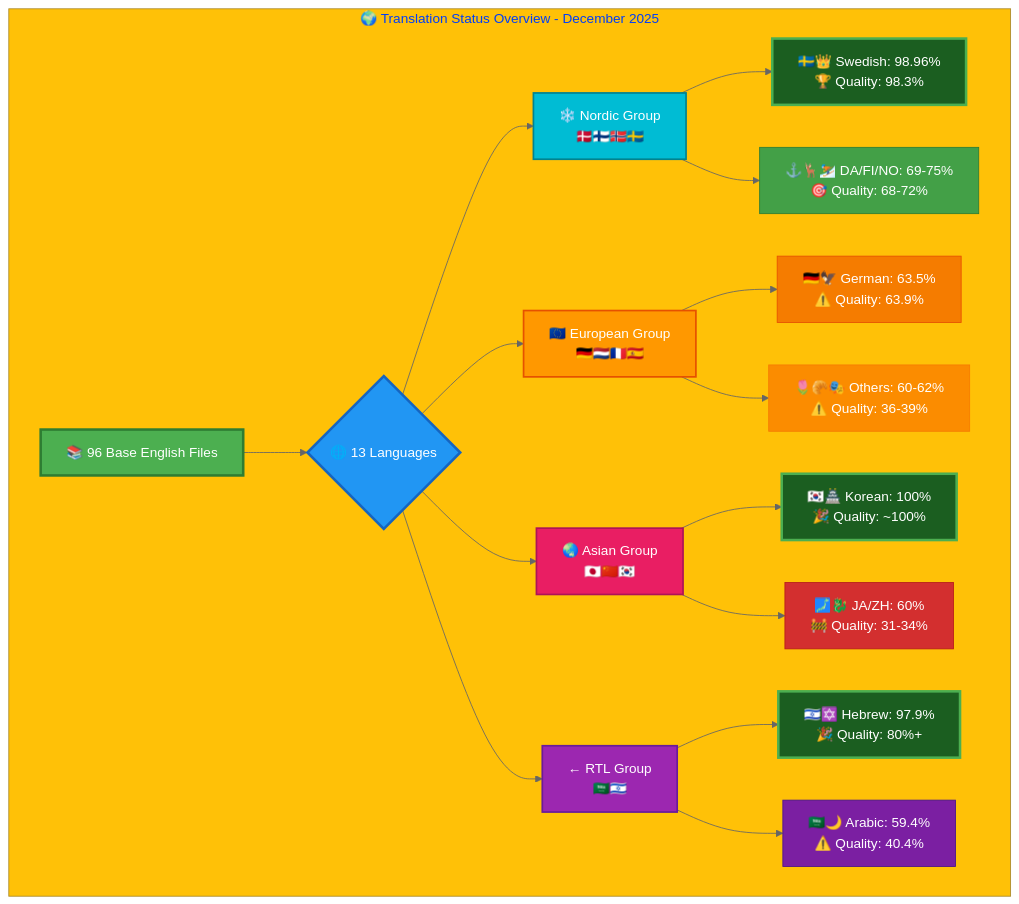
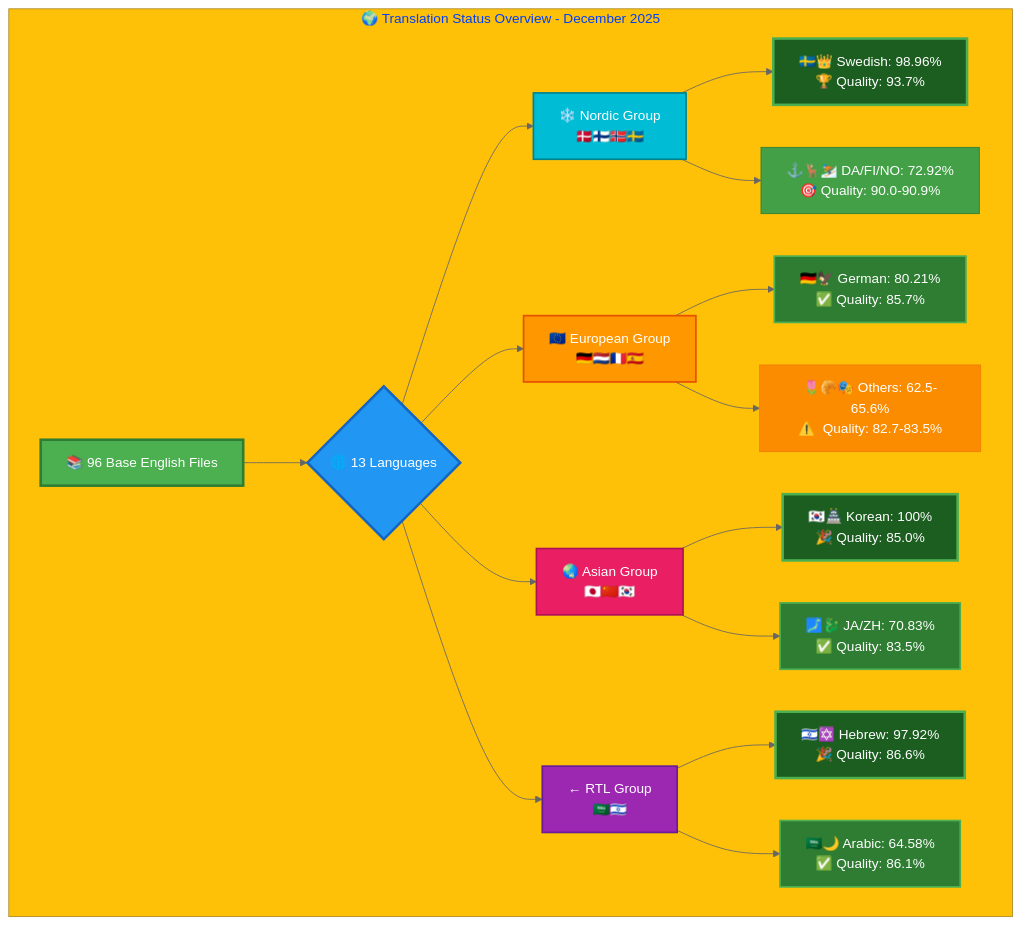
Before and after one commit to Hack23/homepage: the first of 2 diagrams in TRANSLATION_DOCUMENTATION_README.md, drawn with Mermaid. The commit also changed other lines of this file, not shown here.

````diff
--- a/TRANSLATION_DOCUMENTATION_README.md
+++ b/TRANSLATION_DOCUMENTATION_README.md
@@ -189,38 +189,38 @@
 ```mermaid
 %%{init: {'theme':'base', 'themeVariables': { 'primaryColor':'#4CAF50','primaryTextColor':'#fff','primaryBorderColor':'#2E7D32','lineColor':'#666','secondaryColor':'#2196F3','tertiaryColor':'#FFC107','fontSize':'16px'}}}%%
 graph TB
     subgraph "🌍 Translation Status Overview - December 2025"
         A["📚 96 Base English Files"] --> B{"🌐 13 Languages"}
         B --> C["❄️ Nordic Group<br/>🇩🇰🇫🇮🇳🇴🇸🇪"]
         B --> D["🇪🇺 European Group<br/>🇩🇪🇳🇱🇫🇷🇪🇸"]
         B --> E["🌏 Asian Group<br/>🇯🇵🇨🇳🇰🇷"]
         B --> F["← RTL Group<br/>🇸🇦🇮🇱"]
         
-        C --> C1["🇸🇪👑 Swedish: 98.96%<br/>🏆 Quality: 98.3%"]
-        C --> C2["⚓🦌⛷️ DA/FI/NO: 69-75%<br/>🎯 Quality: 68-72%"]
+        C --> C1["🇸🇪👑 Swedish: 98.96%<br/>🏆 Quality: 93.7%"]
+        C --> C2["⚓🦌⛷️ DA/FI/NO: 72.92%<br/>🎯 Quality: 90.0-90.9%"]
         
-        D --> D1["🇩🇪🦅 German: 63.5%<br/>⚠️  Quality: 63.9%"]
-        D --> D2["🌷🥐🎭 Others: 60-62%<br/>⚠️  Quality: 36-39%"]
+        D --> D1["🇩🇪🦅 German: 80.21%<br/>✅ Quality: 85.7%"]
+        D --> D2["🌷🥐🎭 Others: 62.5-65.6%<br/>⚠️  Quality: 82.7-83.5%"]
         
-        E --> E1["🇰🇷🏯 Korean: 100%<br/>🎉 Quality: ~100%"]
-        E --> E2["🗾🐉 JA/ZH: 60%<br/>🚧 Quality: 31-34%"]
+        E --> E1["🇰🇷🏯 Korean: 100%<br/>🎉 Quality: 85.0%"]
+        E --> E2["🗾🐉 JA/ZH: 70.83%<br/>✅ Quality: 83.5%"]
         
-        F --> F1["🇮🇱✡️ Hebrew: 97.9%<br/>🎉 Quality: 80%+"]
-        F --> F2["🇸🇦🌙 Arabic: 59.4%<br/>⚠️  Quality: 40.4%"]
+        F --> F1["🇮🇱✡️ Hebrew: 97.92%<br/>🎉 Quality: 86.6%"]
+        F --> F2["🇸🇦🌙 Arabic: 64.58%<br/>✅ Quality: 86.1%"]
         
         style A fill:#4CAF50,stroke:#2E7D32,color:#fff,stroke-width:3px
         style B fill:#2196F3,stroke:#1565C0,color:#fff,stroke-width:3px
         style C fill:#00BCD4,stroke:#00838F,color:#fff,stroke-width:2px
         style D fill:#FF9800,stroke:#E65100,color:#fff,stroke-width:2px
         style E fill:#E91E63,stroke:#AD1457,color:#fff,stroke-width:2px
         style F fill:#9C27B0,stroke:#6A1B9A,color:#fff,stroke-width:2px
         style C1 fill:#1B5E20,stroke:#4CAF50,color:#fff,stroke-width:3px
         style C2 fill:#43A047,stroke:#2E7D32,color:#fff
-        style D1 fill:#F57C00,stroke:#E65100,color:#fff
+        style D1 fill:#2E7D32,stroke:#4CAF50,color:#fff,stroke-width:2px
         style D2 fill:#FB8C00,stroke:#F57C00,color:#fff
         style E1 fill:#1B5E20,stroke:#4CAF50,color:#fff,stroke-width:3px
-        style E2 fill:#D32F2F,stroke:#B71C1C,color:#fff
+        style E2 fill:#2E7D32,stroke:#4CAF50,color:#fff,stroke-width:2px
         style F1 fill:#1B5E20,stroke:#4CAF50,color:#fff,stroke-width:3px
-        style F2 fill:#7B1FA2,stroke:#4A148C,color:#fff
+        style F2 fill:#2E7D32,stroke:#4CAF50,color:#fff,stroke-width:2px
     end
 ```
````
